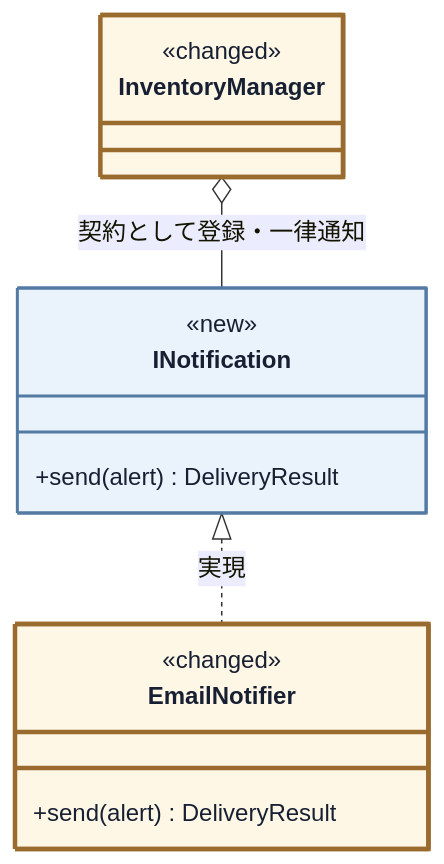
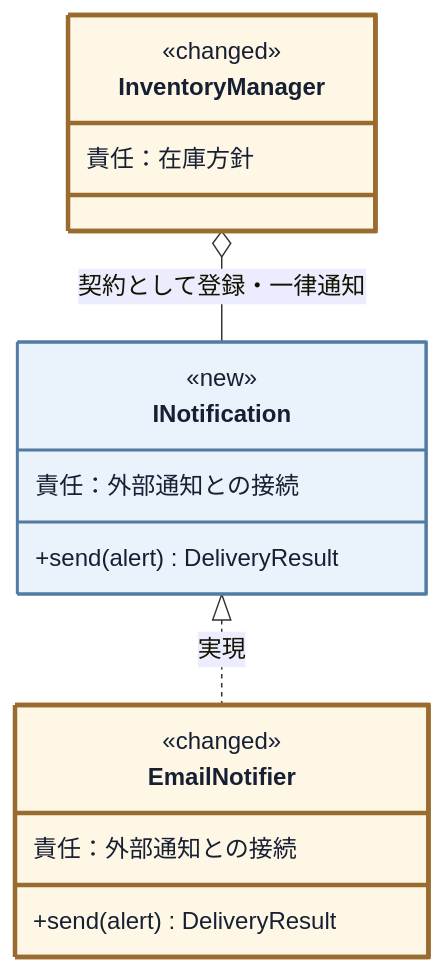
Before and after one commit to kumachan1101-pixel/DesignPattern: diagram 11 of 19 in kindle/design-patterns/books/volume01-core-patterns/output/05-chapter03.md, drawn with Mermaid. The commit also changed other lines of this file and 19 other files, not shown here.

````diff
--- a/kindle/design-patterns/books/volume01-core-patterns/output/05-chapter03.md
+++ b/kindle/design-patterns/books/volume01-core-patterns/output/05-chapter03.md
@@ -1648,21 +1635,24 @@
 ```mermaid
 classDiagram
     direction TB
     class InventoryManager:::touched {
         <<changed>>
+        責任：在庫方針
     }
     class INotification:::added {
         <<new>>
         <<interface>>
+        責任：外部通知との接続
         +send(alert) DeliveryResult
     }
     class EmailNotifier:::touched {
         <<changed>>
+        責任：外部通知との接続
         +send(alert) DeliveryResult
     }
     InventoryManager o-- INotification : 契約として登録・一律通知
     INotification <|.. EmailNotifier : 実現
 
     classDef added fill:#eaf2fb,stroke:#527aa3,stroke-width:2px,color:#172033;
     classDef touched fill:#fff7e6,stroke:#9a6b2f,stroke-width:3px,color:#172033;
 ```
````
